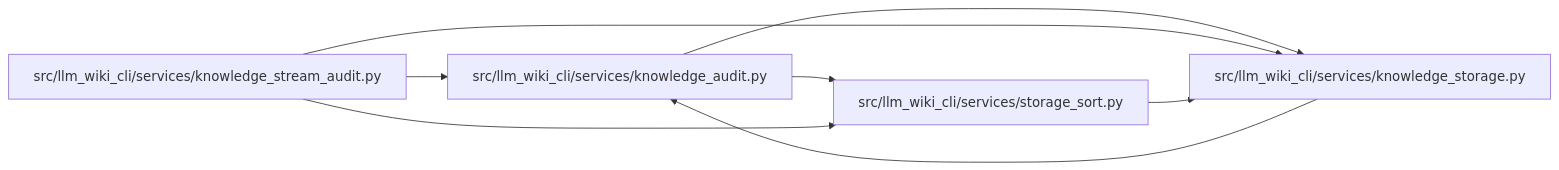
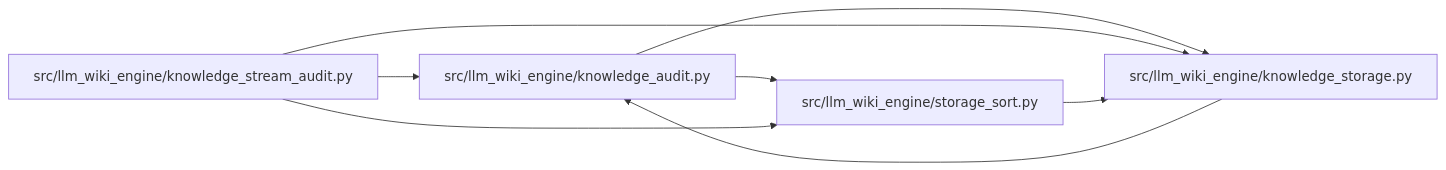
Before and after one commit to Denissvgn/python-wiki-llm: the diagram in docs/llm_wiki/modules/storage_sort.md, drawn with Mermaid. The commit also changed other lines of this file and 1058 other files, not shown here.

First line of the commit message:
docs: refresh the wiki for the knowledge store move

````diff
--- a/docs/llm_wiki/modules/storage_sort.md
+++ b/docs/llm_wiki/modules/storage_sort.md
@@ -24,18 +24,18 @@
 ```mermaid
 flowchart LR
-    n0["src/llm_wiki_cli/services/knowledge_audit.py"]
-    n1["src/llm_wiki_cli/services/knowledge_storage.py"]
-    n2["src/llm_wiki_cli/services/knowledge_stream_audit.py"]
-    n3["src/llm_wiki_cli/services/storage_sort.py"]
+    n0["src/llm_wiki_engine/knowledge_audit.py"]
+    n1["src/llm_wiki_engine/knowledge_storage.py"]
+    n2["src/llm_wiki_engine/knowledge_stream_audit.py"]
+    n3["src/llm_wiki_engine/storage_sort.py"]
     n0 --> n1
     n0 --> n3
     n1 --> n0
     n2 --> n0
     n2 --> n1
     n2 --> n3
     n3 --> n1
     click n0 "../modules/knowledge_audit.md"
     click n1 "../modules/knowledge_storage.md"
     click n2 "../modules/knowledge_stream_audit.md"
     click n3 "../modules/storage_sort.md"
 ```
````
